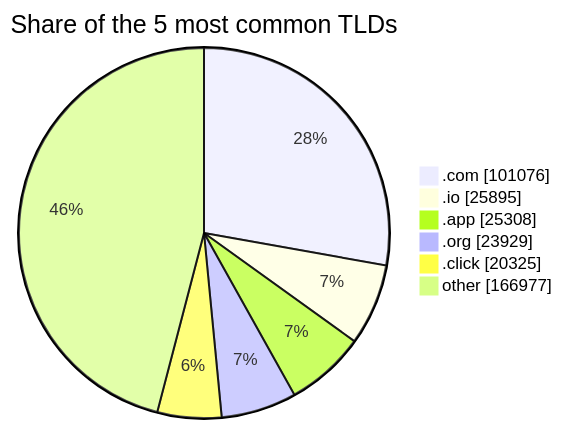
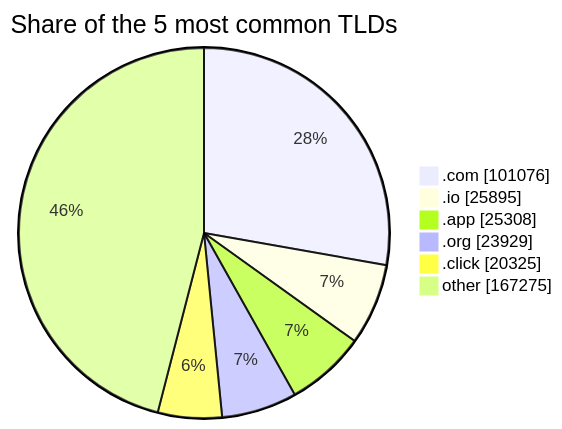
Before and after one commit to DNSBunker/CTI: the third of 3 diagrams in README.md, drawn with Mermaid. The commit also changed other lines of this file and 3 other files, not shown here.

````diff
--- a/README.md
+++ b/README.md
@@ -81,9 +81,9 @@
 ```mermaid
 pie showData title Share of the 5 most common TLDs
     ".com" : 101076
     ".io" : 25895
     ".app" : 25308
     ".org" : 23929
     ".click" : 20325
-    "other" : 166977
+    "other" : 167275
 ```
````
